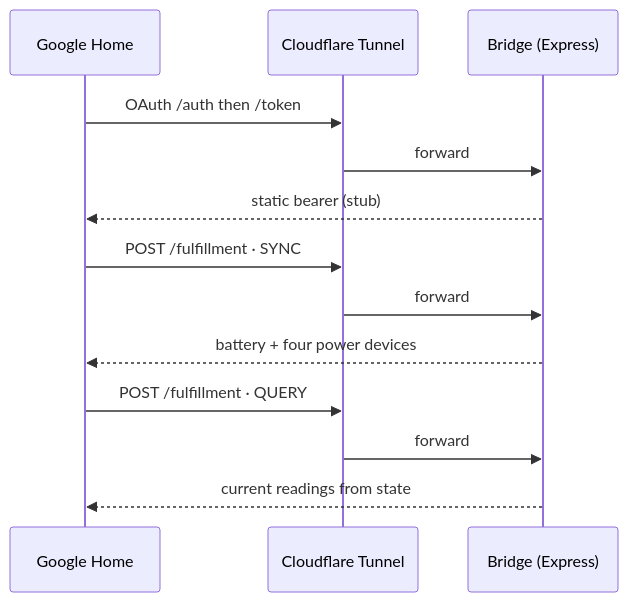
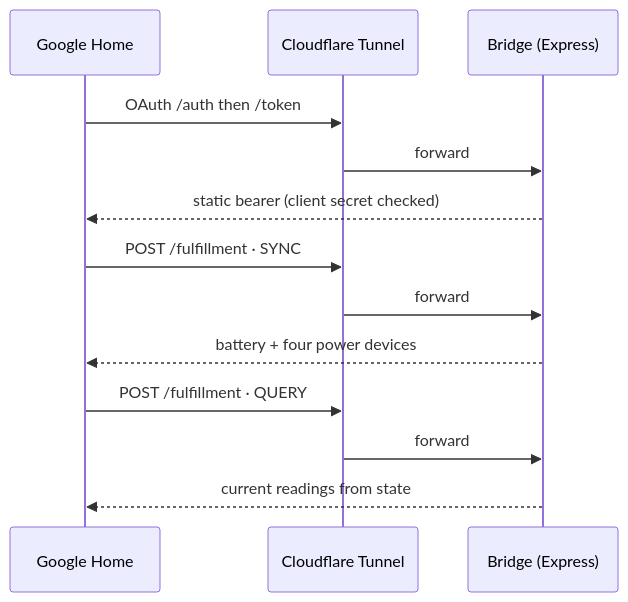
One commit to furey/sigen-home-bridge changed the diagram in docs/reference/google-home.md. Above: the diagram before and after it, drawn with Mermaid. The commit also changed other lines of this file and 2 other files, not shown here.

Commit message:
Documented the Google connection status and the checked client secret in the Google Home reference, and added google-status.js to the project trees.

````diff
--- a/docs/reference/google-home.md
+++ b/docs/reference/google-home.md
@@ -10,15 +10,15 @@
 ```mermaid
 sequenceDiagram
   participant G as Google Home
   participant T as Cloudflare Tunnel
   participant B as Bridge (Express)
   G->>T: OAuth /auth then /token
   T->>B: forward
-  B-->>G: static bearer (stub)
+  B-->>G: static bearer (client secret checked)
   G->>T: POST /fulfillment · SYNC
   T->>B: forward
   B-->>G: battery + four power devices
   G->>T: POST /fulfillment · QUERY
   T->>B: forward
   B-->>G: current readings from state
 ```
````
